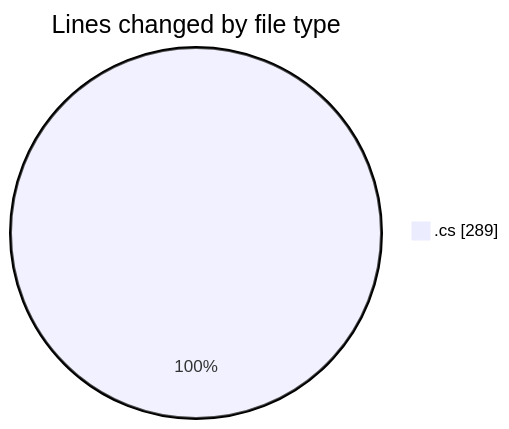
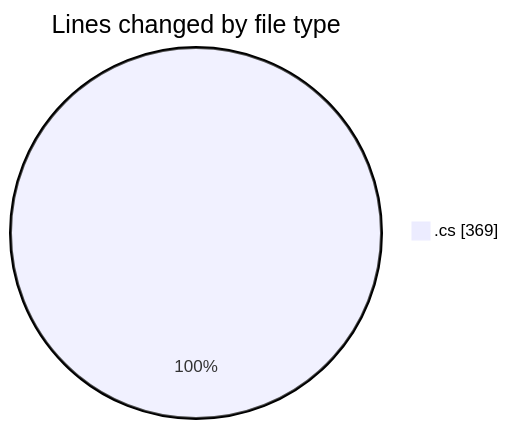
The first of 2 diagrams in 2025-04-24/back-end/README.md (Netris89/code-tracking), drawn with Mermaid before and after one commit. The commit also changed other lines of this file and 1 other file, not shown here.

````diff
--- a/2025-04-24/back-end/README.md
+++ b/2025-04-24/back-end/README.md
@@ -21,5 +21,5 @@
 ```mermaid
 pie showData
 title Lines changed by file type
-".cs" : 289
+".cs" : 369
 ```
````
